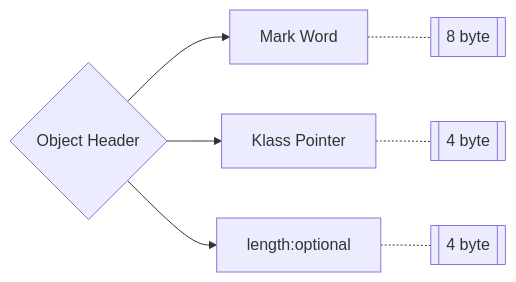
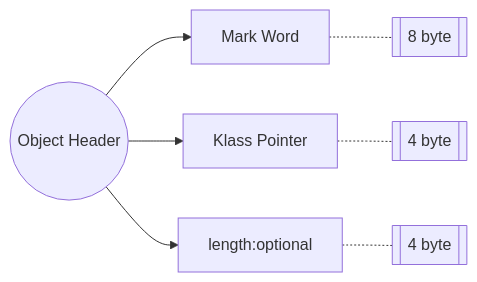
The third of 3 diagrams in blogs/Cloud&Server/jvm.md (chenweigao/blogv2), drawn with Mermaid before and after one commit. The commit also changed other lines of this file and 3 other files, not shown here.

````diff
--- a/blogs/Cloud&Server/jvm.md
+++ b/blogs/Cloud&Server/jvm.md
@@ -328,6 +417,6 @@
 ```mermaid
 graph LR
-    C{Object Header}--> D[Mark Word] -.- 1[[8 byte]]
+    C((Object Header))--> D[Mark Word] -.- 1[[8 byte]]
     C --> E[Klass Pointer] -.- 2[[4 byte]]
     C --> F[length:optional] -.- 3[[4 byte]]
 ```
````
